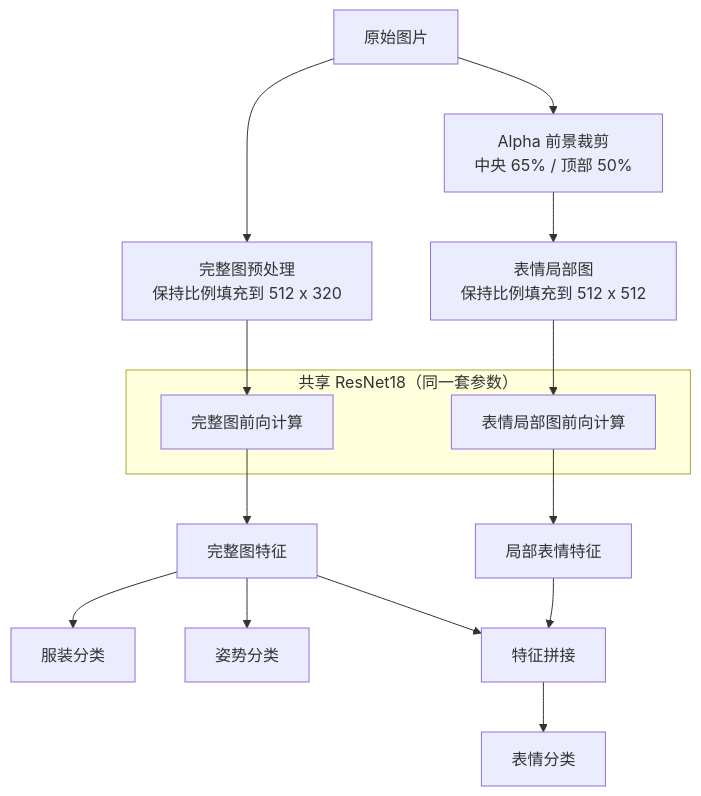
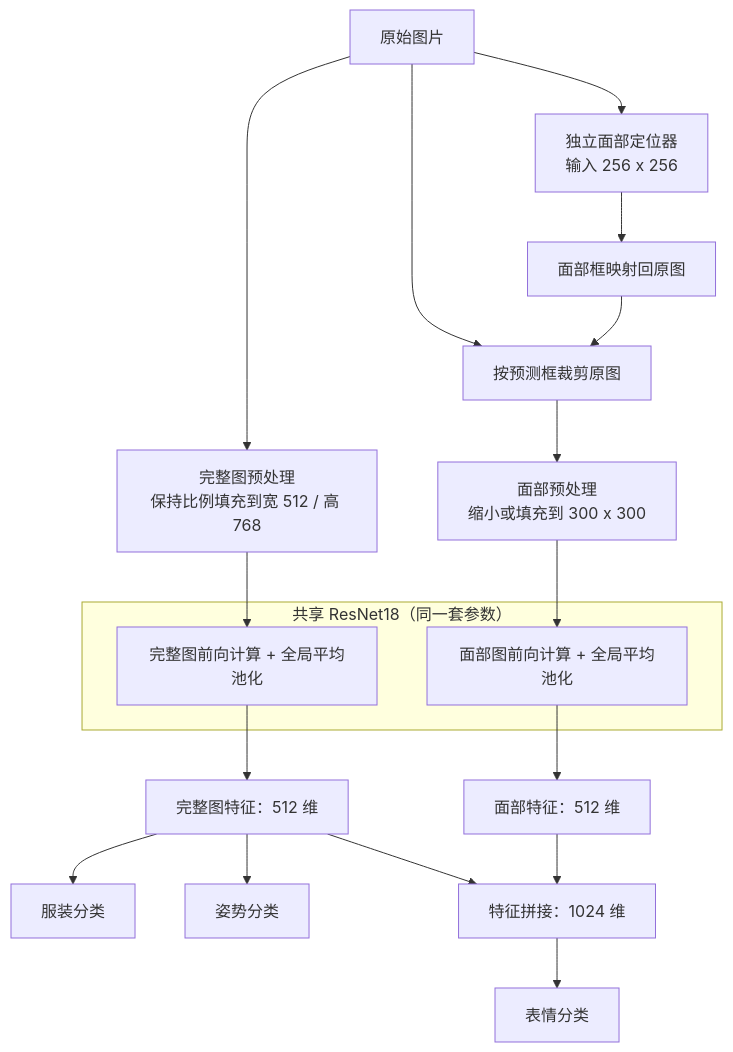
Before and after one commit to hoshino924/atri-Multi-Attribute-Recognition: the diagram in README_CN.md, drawn with Mermaid. The commit also changed other lines of this file and 58 other files, not shown here.

````diff
--- a/README_CN.md
+++ b/README_CN.md
@@ -31,23 +207,25 @@
 ```mermaid
 flowchart TB
     image["原始图片"]
-    image --> full_input["完整图预处理<br/>保持比例填充到 512 x 320"]
-    image --> crop["Alpha 前景裁剪<br/>中央 65% / 顶部 50%"]
-    crop --> expression_input["表情局部图<br/>保持比例填充到 512 x 512"]
+    image --> full_input["完整图预处理<br/>保持比例填充到宽 512 / 高 768"]
+    image --> locator["独立面部定位器<br/>输入 256 x 256"]
+    locator --> box["面部框映射回原图"]
+    image --> crop["按预测框裁剪原图"]
+    box --> crop
+    crop --> face_input["面部预处理<br/>缩小或填充到 300 x 300"]
 
     subgraph backbone["共享 ResNet18（同一套参数）"]
-        full_forward["完整图前向计算"]
-        expression_forward["表情局部图前向计算"]
+        full_forward["完整图前向计算 + 全局平均池化"]
+        face_forward["面部图前向计算 + 全局平均池化"]
     end
 
     full_input --> full_forward
-    expression_input --> expression_forward
-    full_forward --> full_feature["完整图特征"]
-    expression_forward --> local_feature["局部表情特征"]
-
+    face_input --> face_forward
+    full_forward --> full_feature["完整图特征：512 维"]
+    face_forward --> face_feature["面部特征：512 维"]
     full_feature --> outfit["服装分类"]
     full_feature --> pose["姿势分类"]
-    full_feature --> fusion["特征拼接"]
-    local_feature --> fusion
+    full_feature --> fusion["特征拼接：1024 维"]
+    face_feature --> fusion
     fusion --> expression["表情分类"]
 ```
````
